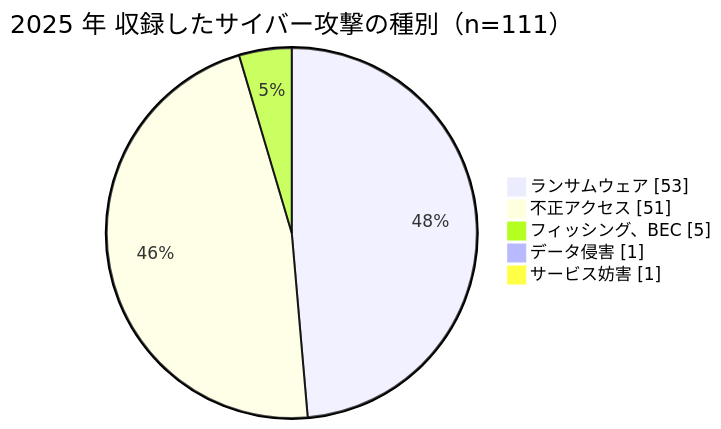
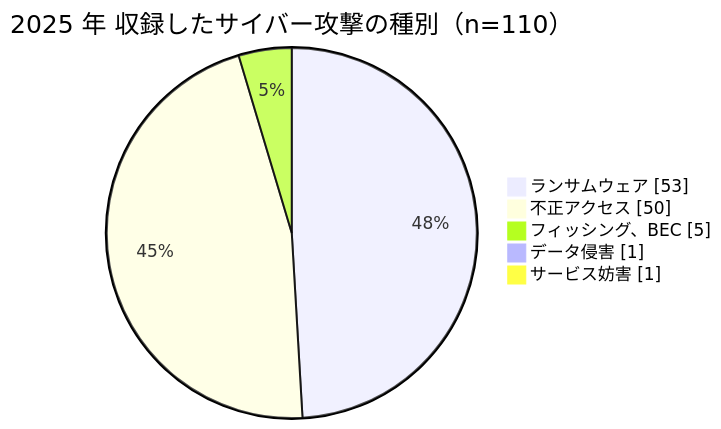
One commit to scgajge12/awesome-healthcare-security changed the first of 21 diagrams in docs/threats/incidents/years/2025-summary.md. Above: the diagram before and after it, drawn with Mermaid. The commit also changed other lines of this file and 14 other files, not shown here.

````diff
--- a/docs/threats/incidents/years/2025-summary.md
+++ b/docs/threats/incidents/years/2025-summary.md
@@ -84,9 +84,9 @@
 ```mermaid
 pie showData
-    title 2025 年 収録したサイバー攻撃の種別（n=111）
+    title 2025 年 収録したサイバー攻撃の種別（n=110）
     "ランサムウェア" : 53
-    "不正アクセス" : 51
+    "不正アクセス" : 50
     "フィッシング、BEC" : 5
     "データ侵害" : 1
     "サービス妨害" : 1
 ```
````
